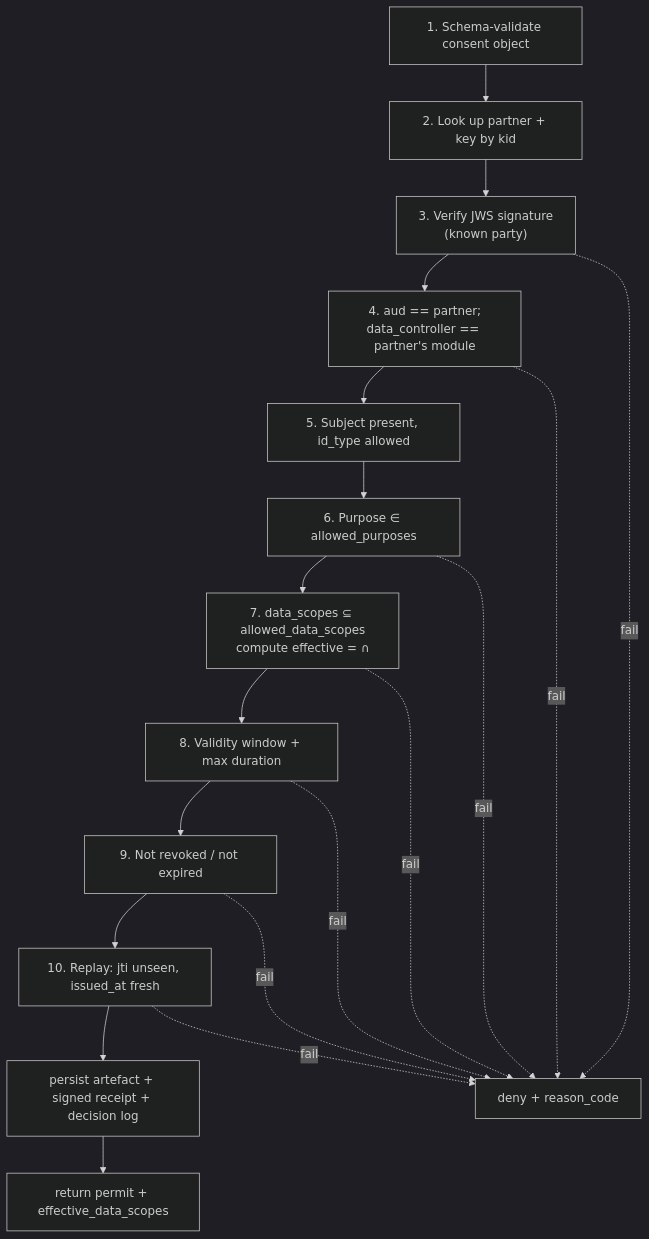
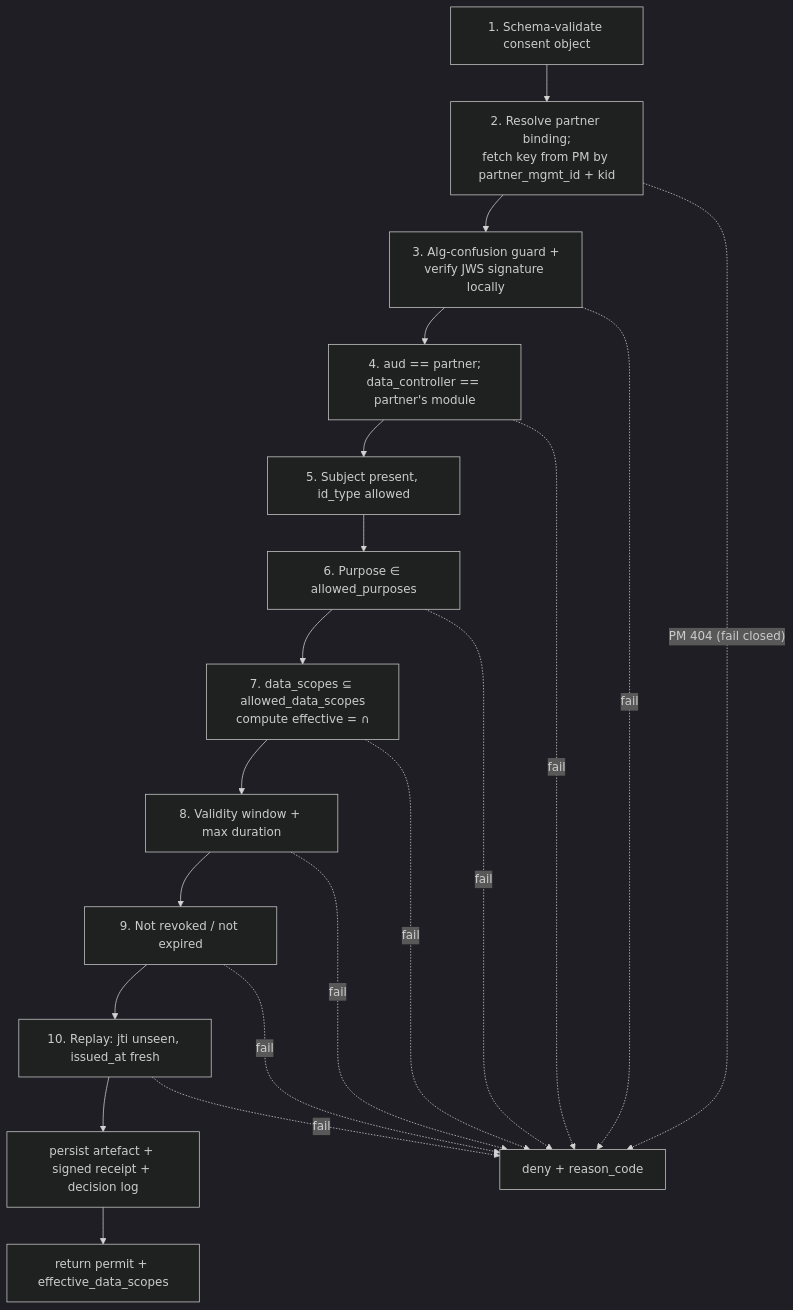
One commit to OpenG2P/openg2p-documentation changed the diagram in consent-management/design/verification-and-enforcement.md. Above: the diagram before and after it, drawn with Mermaid (dark theme). The commit also changed other lines of this file and 14 other files, not shown here.

````diff
--- a/consent-management/design/verification-and-enforcement.md
+++ b/consent-management/design/verification-and-enforcement.md
@@ -39,21 +39,22 @@
 ```mermaid
 flowchart TD
-  A["1. Schema-validate consent object"] --> B["2. Look up partner + key by kid"]
-  B --> C["3. Verify JWS signature\n(known party)"]
+  A["1. Schema-validate consent object"] --> B["2. Resolve partner binding;\nfetch key from PM by partner_mgmt_id + kid"]
+  B --> C["3. Alg-confusion guard +\nverify JWS signature locally"]
   C --> D["4. aud == partner;\ndata_controller == partner's module"]
   D --> E["5. Subject present, id_type allowed"]
   E --> F["6. Purpose ∈ allowed_purposes"]
   F --> G["7. data_scopes ⊆ allowed_data_scopes\ncompute effective = ∩"]
   G --> H["8. Validity window + max duration"]
   H --> I["9. Not revoked / not expired"]
   I --> J["10. Replay: jti unseen, issued_at fresh"]
   J --> K["persist artefact + signed receipt + decision log"]
   K --> L["return permit + effective_data_scopes"]
-  C -. fail .-> X["deny + reason_code"]
+  B -. "PM 404 (fail closed)" .-> X["deny + reason_code"]
+  C -. fail .-> X
   D -. fail .-> X
   F -. fail .-> X
   G -. fail .-> X
   H -. fail .-> X
   I -. fail .-> X
   J -. fail .-> X
 ```
````
